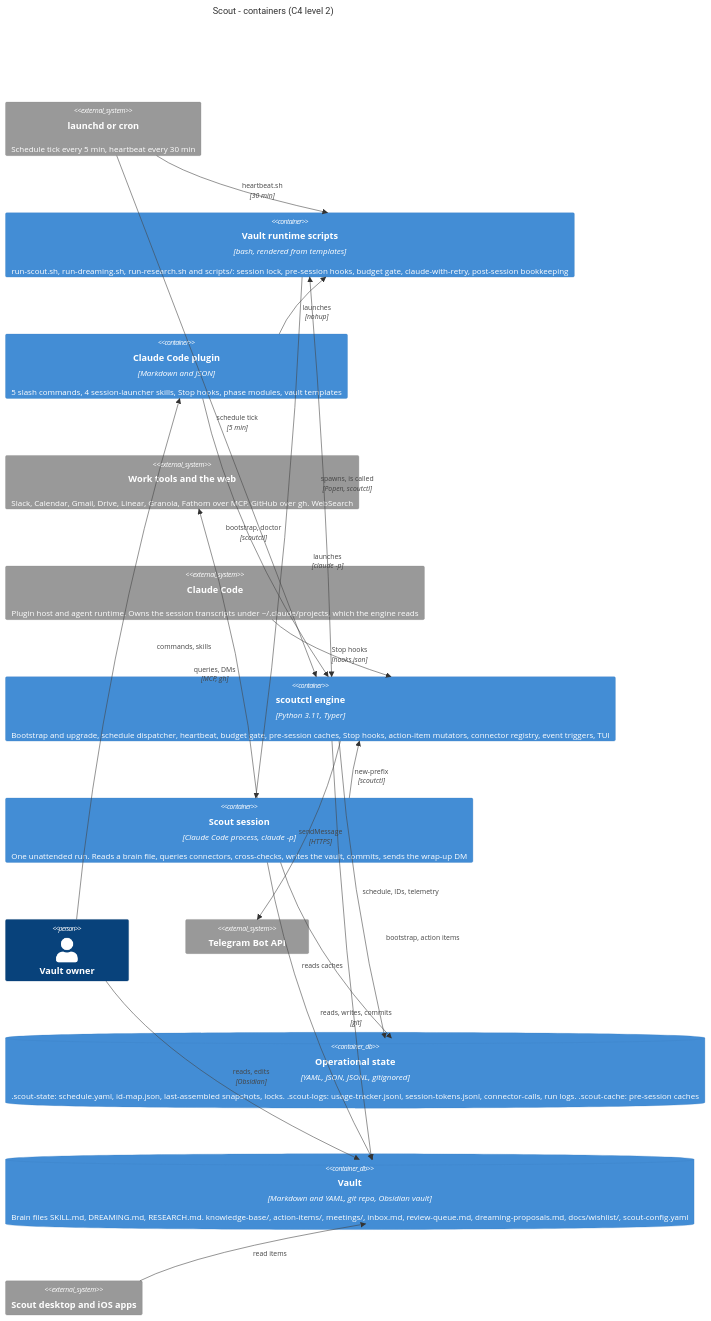
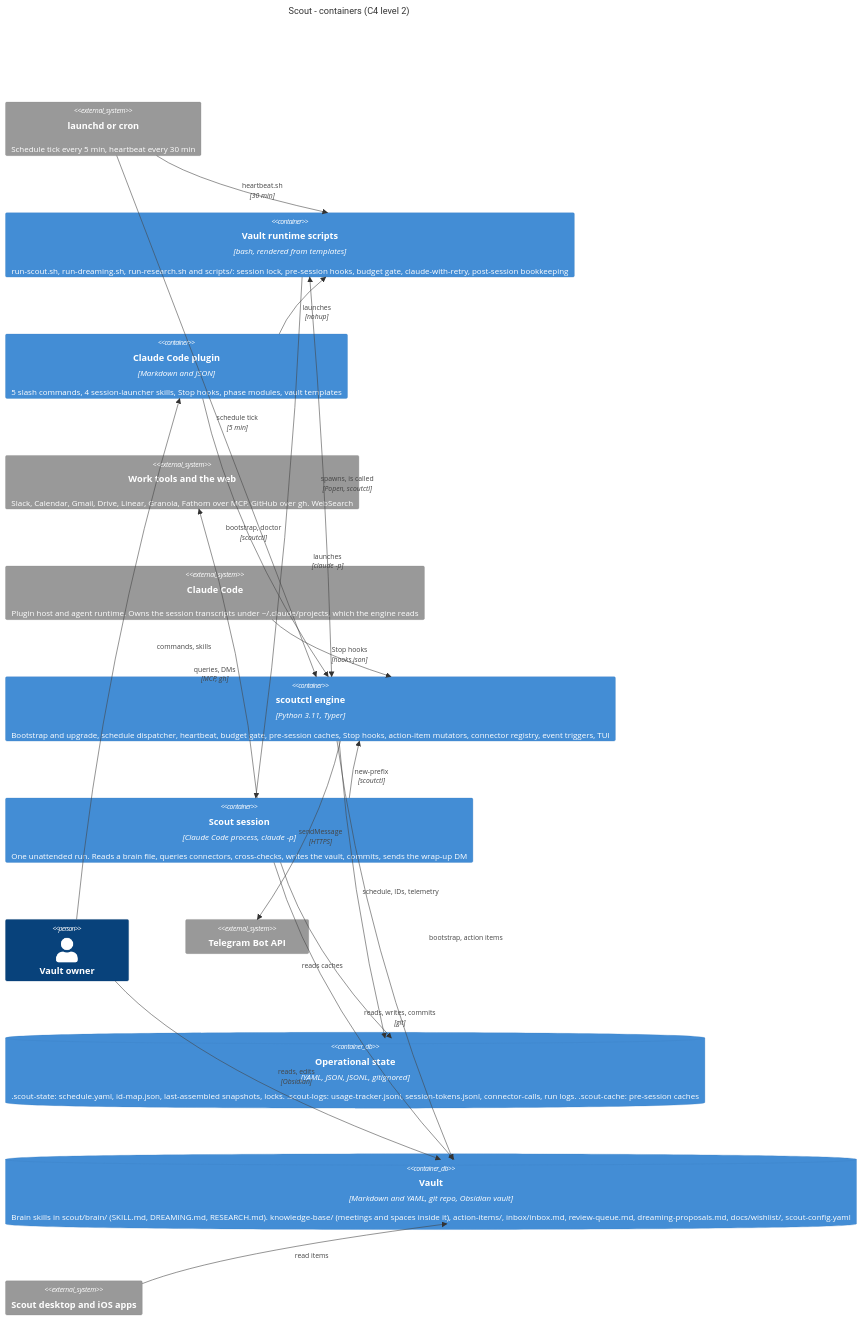
Before and after one commit to Raven-Scout/Scout: the diagram in docs/architecture/02-containers.md, drawn with Mermaid. The commit also changed 312 other files, not shown here.

````diff
--- a/docs/architecture/02-containers.md
+++ b/docs/architecture/02-containers.md
@@ -10,46 +10,46 @@
 ```mermaid
 C4Container
   title Scout - containers (C4 level 2)
 
   System_Ext(scheduler, "launchd or cron", "Schedule tick every 5 min, heartbeat every 30 min")
   Container(runtime, "Vault runtime scripts", "bash, rendered from templates", "run-scout.sh, run-dreaming.sh, run-research.sh and scripts/: session lock, pre-session hooks, budget gate, claude-with-retry, post-session bookkeeping")
   Container(plugin, "Claude Code plugin", "Markdown and JSON", "5 slash commands, 4 session-launcher skills, Stop hooks, phase modules, vault templates")
   System_Ext(tools, "Work tools and the web", "Slack, Calendar, Gmail, Drive, Linear, Granola, Fathom over MCP. GitHub over gh. WebSearch")
 
   System_Ext(claude_code, "Claude Code", "Plugin host and agent runtime. Owns the session transcripts under ~/.claude/projects, which the engine reads")
   Container(engine, "scoutctl engine", "Python 3.11, Typer", "Bootstrap and upgrade, schedule dispatcher, heartbeat, budget gate, pre-session caches, Stop hooks, action-item mutators, connector registry, event triggers, TUI")
   Container(session, "Scout session", "Claude Code process, claude -p", "One unattended run. Reads a brain file, queries connectors, cross-checks, writes the vault, commits, sends the wrap-up DM")
   Person(owner, "Vault owner")
 
   System_Ext(telegram, "Telegram Bot API")
   ContainerDb(state, "Operational state", "YAML, JSON, JSONL, gitignored", ".scout-state: schedule.yaml, id-map.json, last-assembled snapshots, locks. .scout-logs: usage-tracker.jsonl, session-tokens.jsonl, connector-calls, run logs. .scout-cache: pre-session caches")
-  ContainerDb(vault, "Vault", "Markdown and YAML, git repo, Obsidian vault", "Brain files SKILL.md, DREAMING.md, RESEARCH.md. knowledge-base/, action-items/, meetings/, inbox.md, review-queue.md, dreaming-proposals.md, docs/wishlist/, scout-config.yaml")
+  ContainerDb(vault, "Vault", "Markdown and YAML, git repo, Obsidian vault", "Brain skills in scout/brain/ (SKILL.md, DREAMING.md, RESEARCH.md). knowledge-base/ (meetings and spaces inside it), action-items/, inbox/inbox.md, review-queue.md, dreaming-proposals.md, docs/wishlist/, scout-config.yaml")
   System_Ext(companions, "Scout desktop and iOS apps")
 
   Rel(scheduler, engine, "schedule tick", "5 min")
   Rel(scheduler, runtime, "heartbeat.sh", "30 min")
   Rel(plugin, runtime, "launches", "nohup")
   Rel(plugin, engine, "bootstrap, doctor", "scoutctl")
   Rel(owner, plugin, "commands, skills")
   Rel(owner, vault, "reads, edits", "Obsidian")
   Rel(claude_code, engine, "Stop hooks", "hooks.json")
   BiRel(engine, runtime, "spawns, is called", "Popen, scoutctl")
   Rel(runtime, session, "launches", "claude -p")
   Rel(session, engine, "new-prefix", "scoutctl")
   Rel(session, tools, "queries, DMs", "MCP, gh")
   Rel(session, vault, "reads, writes, commits", "git")
   Rel(session, state, "reads caches")
   Rel(engine, vault, "bootstrap, action items")
   Rel(engine, state, "schedule, IDs, telemetry")
   Rel(engine, telegram, "sendMessage", "HTTPS")
   Rel(companions, vault, "read items")
 
   UpdateRelStyle(plugin, engine, $offsetX="-70", $offsetY="-20")
   UpdateRelStyle(runtime, session, $offsetX="60", $offsetY="30")
   UpdateRelStyle(owner, plugin, $offsetX="50", $offsetY="-25")
   UpdateRelStyle(session, tools, $offsetX="-60", $offsetY="25")
   UpdateRelStyle(session, state, $offsetX="-60", $offsetY="25")
   UpdateRelStyle(engine, vault, $offsetX="60", $offsetY="-25")
 
   UpdateLayoutConfig($c4ShapeInRow="4", $c4BoundaryInRow="1")
 ```
````
